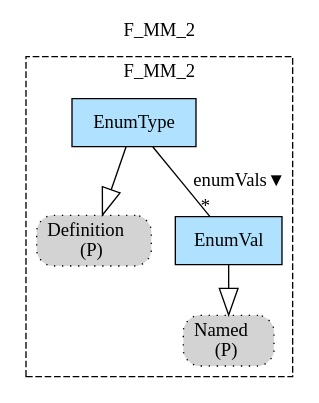
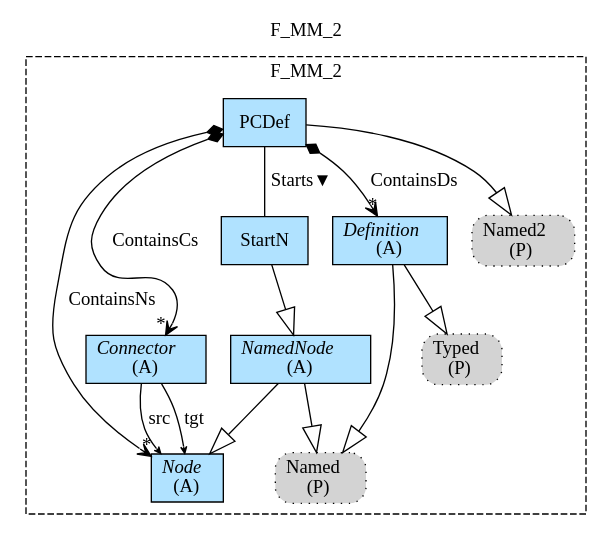
Before and after one commit to namalio/Fragmenta: the diagram in Haskell/PCs/MM/img/F_MM_2.gv, drawn with Graphviz. The commit also changed 304 other files, not shown here.

```diff
--- a/Haskell/PCs/MM/img/F_MM_2.gv
+++ b/Haskell/PCs/MM/img/F_MM_2.gv
@@ -1,15 +1,30 @@
 digraph {graph[label=F_MM_2,labelloc=tl,labelfontsize=12];
 subgraph cluster_F_MM_2{style=dashed;label=F_MM_2;
-"PDefinition"[shape=box,fillcolor=lightgray,style ="rounded,filled,dotted",label=<Definition<br/>(P)>];
+"Node"[shape=record,fillcolor=lightskyblue1,style = filled,label=<{<I>Node</I><br/>(A)}>];
+"NamedNode"[shape=record,fillcolor=lightskyblue1,style = filled,label=<{<I>NamedNode</I><br/>(A)}>];
+"PCDef"[shape=record,fillcolor=lightskyblue1,style = filled,label="PCDef"];
+"Connector"[shape=record,fillcolor=lightskyblue1,style = filled,label=<{<I>Connector</I><br/>(A)}>];
+"StartN"[shape=record,fillcolor=lightskyblue1,style = filled,label="StartN"];
+"Definition"[shape=record,fillcolor=lightskyblue1,style = filled,label=<{<I>Definition</I><br/>(A)}>];
 "PNamed"[shape=box,fillcolor=lightgray,style ="rounded,filled,dotted",label=<Named<br/>(P)>];
-"EnumType"[shape=record,fillcolor=lightskyblue1,style = filled,label="EnumType"];
-"EnumVal"[shape=record,fillcolor=lightskyblue1,style = filled,label="EnumVal"];
+"PNamed2"[shape=box,fillcolor=lightgray,style ="rounded,filled,dotted",label=<Named2<br/>(P)>];
+"PTyped"[shape=box,fillcolor=lightgray,style ="rounded,filled,dotted",label=<Typed<br/>(P)>];
 
-"EnumType"->"PDefinition"[arrowhead=onormal,arrowsize=2.0];
-"EnumVal"->"PNamed"[arrowhead=onormal,arrowsize=2.0];
-"EnumType"->"EnumVal"[label="enumVals▼",dir=none,taillabel="",headlabel="*"];
+"StartN"->"NamedNode"[arrowhead=onormal,arrowsize=2.0];
+"NamedNode"->"Node"[arrowhead=onormal,arrowsize=2.0];
+"NamedNode"->"PNamed"[arrowhead=onormal,arrowsize=2.0];
+"Definition"->"PNamed"[arrowhead=onormal,arrowsize=2.0];
+"Definition"->"PTyped"[arrowhead=onormal,arrowsize=2.0];
+"PCDef"->"PNamed2"[arrowhead=onormal,arrowsize=2.0];
+"PCDef"->"Node"[label="ContainsNs",arrowhead=vee,arrowtail=diamond,dir=both,headlabel="*"];
+"PCDef"->"Connector"[label="ContainsCs",arrowhead=vee,arrowtail=diamond,dir=both,headlabel="*"];
+"PCDef"->"Definition"[label="ContainsDs",arrowhead=vee,arrowtail=diamond,dir=both,headlabel="*"];
+"Connector"->"Node"[label="src",arrowhead=vee,headlabel="",arrowsize=.5];
+"Connector"->"Node"[label="tgt",arrowhead=vee,headlabel="",arrowsize=.5];
+"PCDef"->"StartN"[label="Starts▼",dir=none,taillabel="",headlabel=""];
 
 }
 
 
+
 }
```
